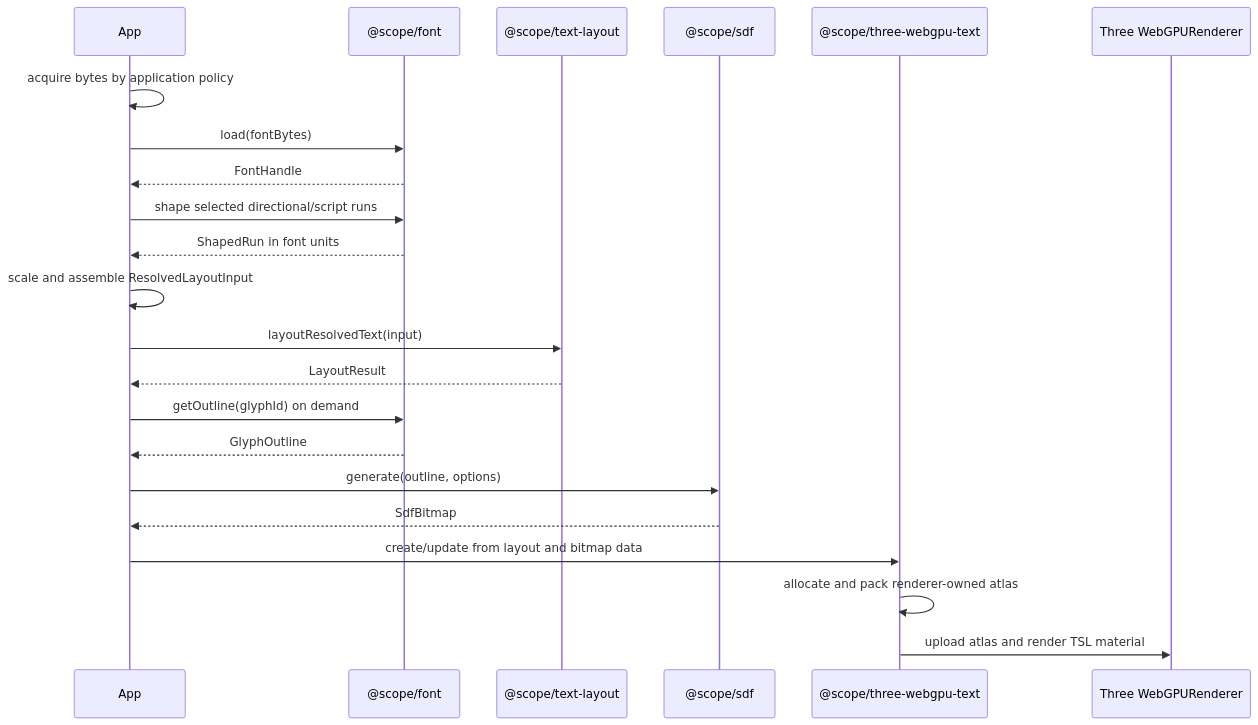
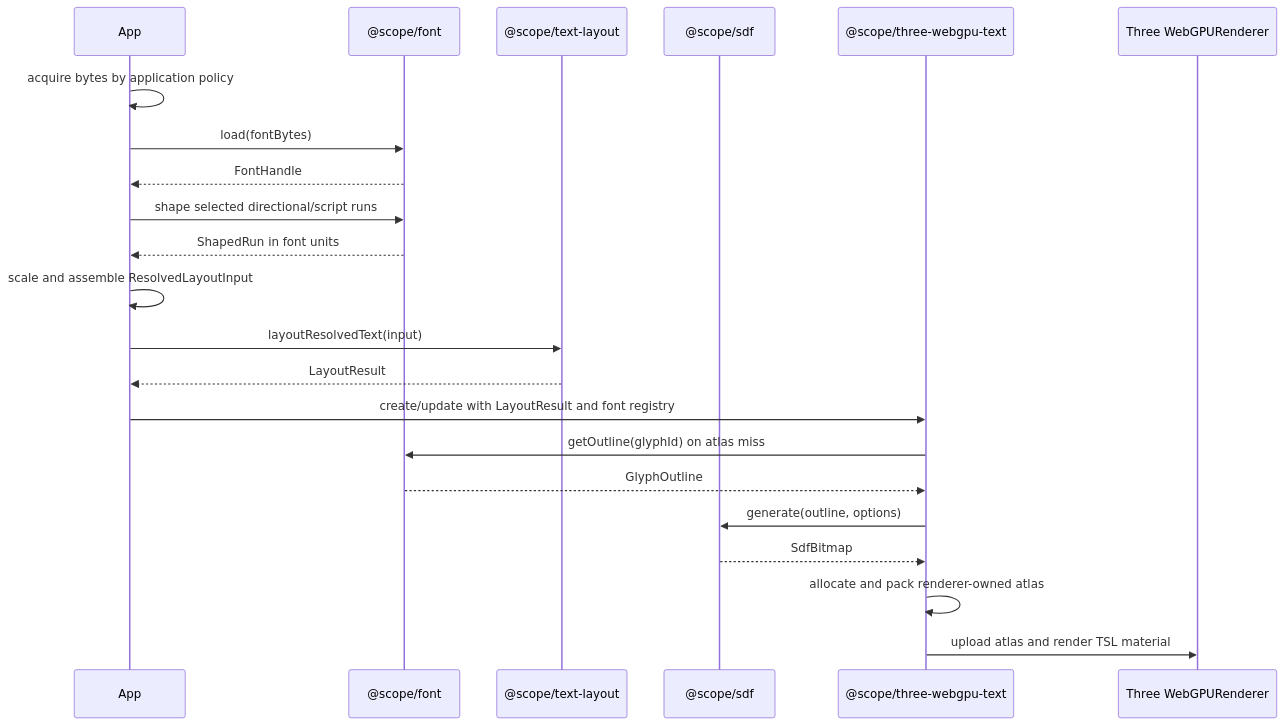
The third of 6 diagrams in ARCHITECTURE.md (julia-script/text-rendering-toolkit), drawn with Mermaid before and after one commit. The commit also changed other lines of this file and 32 other files, not shown here.

````diff
--- a/ARCHITECTURE.md
+++ b/ARCHITECTURE.md
@@ -248,25 +250,25 @@
 ```mermaid
 sequenceDiagram
     participant App
     participant Font as @scope/font
     participant Layout as @scope/text-layout
     participant SDF as @scope/sdf
     participant Three as @scope/three-webgpu-text
     participant GPU as Three WebGPURenderer
 
     App->>App: acquire bytes by application policy
     App->>Font: load(fontBytes)
     Font-->>App: FontHandle
     App->>Font: shape selected directional/script runs
     Font-->>App: ShapedRun in font units
     App->>App: scale and assemble ResolvedLayoutInput
     App->>Layout: layoutResolvedText(input)
     Layout-->>App: LayoutResult
-    App->>Font: getOutline(glyphId) on demand
-    Font-->>App: GlyphOutline
-    App->>SDF: generate(outline, options)
-    SDF-->>App: SdfBitmap
-    App->>Three: create/update from layout and bitmap data
+    App->>Three: create/update with LayoutResult and font registry
+    Three->>Font: getOutline(glyphId) on atlas miss
+    Font-->>Three: GlyphOutline
+    Three->>SDF: generate(outline, options)
+    SDF-->>Three: SdfBitmap
     Three->>Three: allocate and pack renderer-owned atlas
     Three->>GPU: upload atlas and render TSL material
 ```
````
